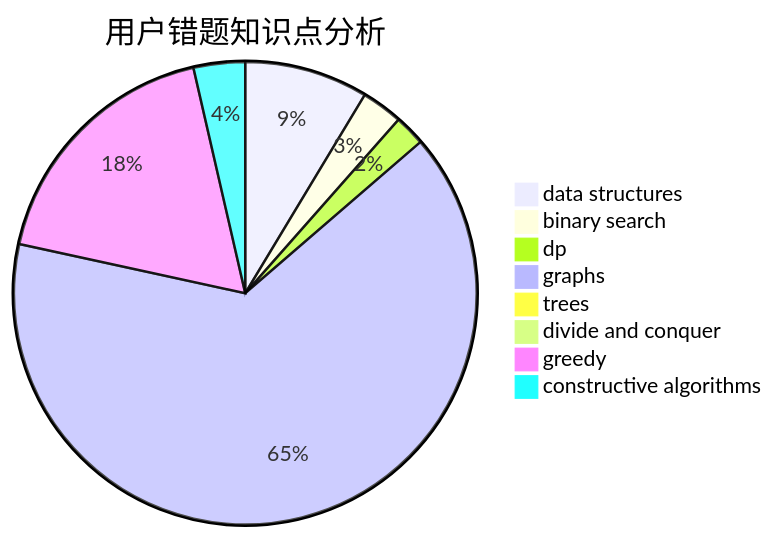
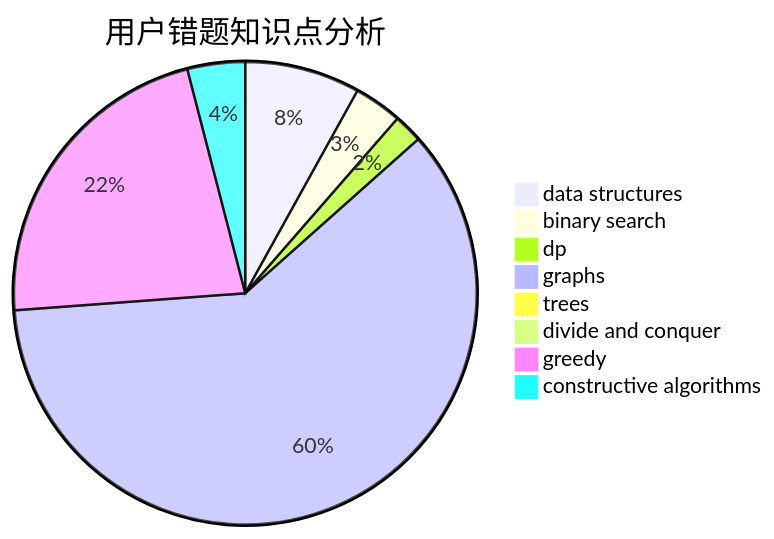
Before and after one commit to sherpahu/cfrs.github.io: the third of 3 diagrams in docs/user/u1213.md, drawn with Mermaid. The commit also changed other lines of this file and 2770 other files, not shown here.

````diff
--- a/docs/user/u1213.md
+++ b/docs/user/u1213.md
@@ -36,11 +36,11 @@
 ```mermaid
 pie title 用户错题知识点分析
     "data structures" :  12
-    "binary search" :  4
+    "binary search" :  5
     "dp" :  3
     "graphs" :  90
     "trees" :  0
     "divide and conquer" :  0
-    "greedy" :  25
-    "constructive algorithms" :  5
+    "greedy" :  33
+    "constructive algorithms" :  6
 ```
````
